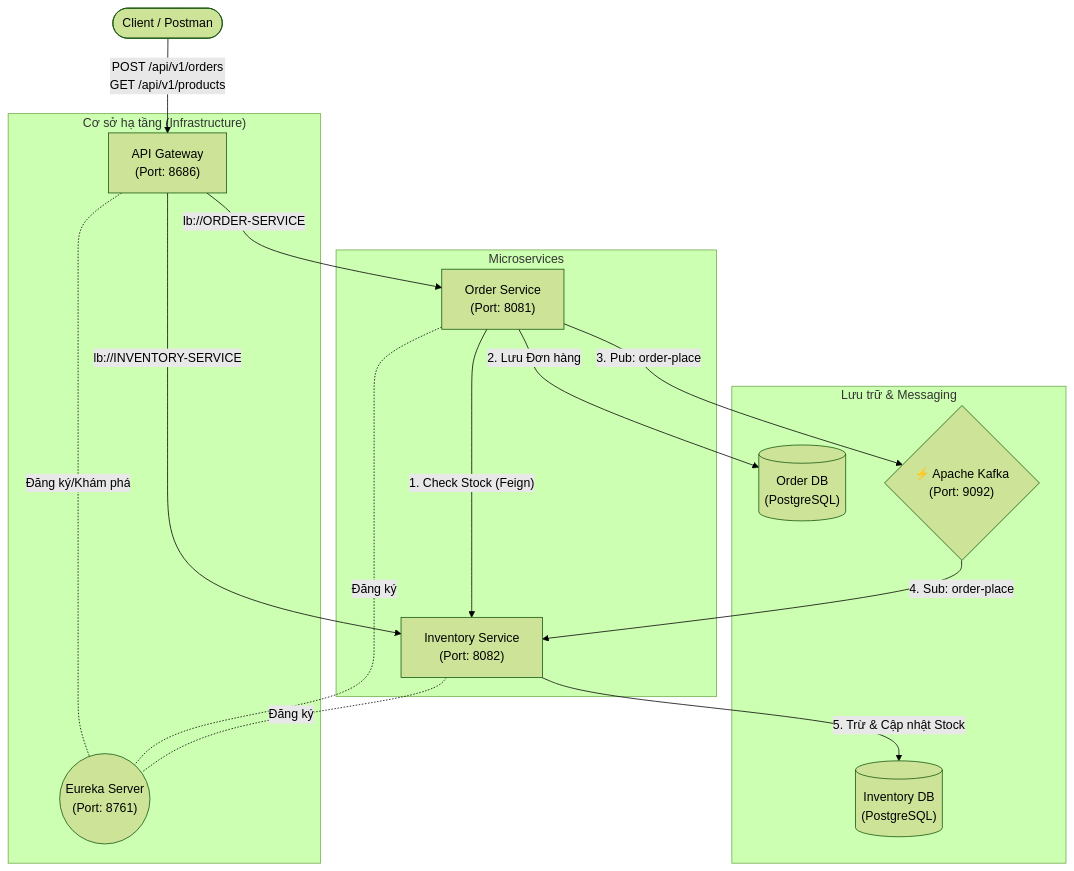
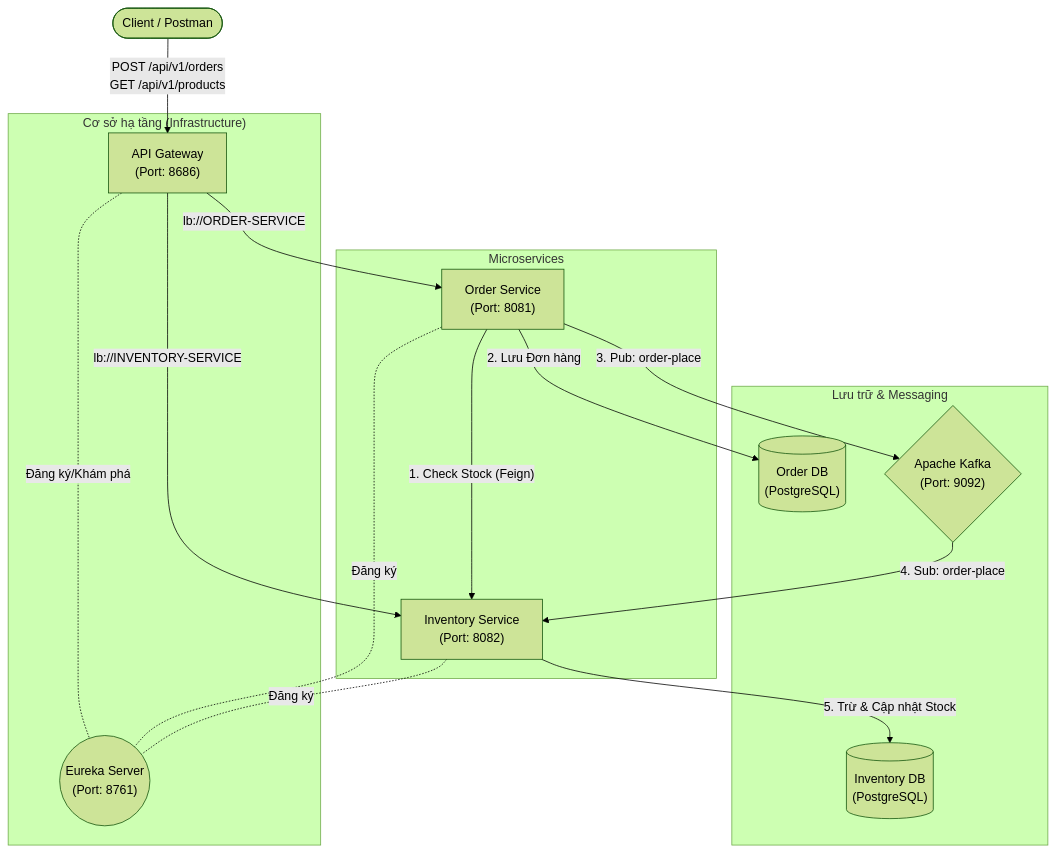
The diagram in README.md (trung1609/TestMicroservice), drawn with Mermaid (forest theme) before and after one commit.

````diff
--- a/README.md
+++ b/README.md
@@ -5,37 +5,37 @@
 ```mermaid
 flowchart TB
     Client(["Client / Postman"]):::client
 
     subgraph Infra ["Cơ sở hạ tầng (Infrastructure)"]
         Gateway["API Gateway<br>(Port: 8686)"]:::infra
         Eureka(("Eureka Server<br>(Port: 8761)")):::infra
     end
 
     subgraph Services ["Microservices"]
         Order["Order Service<br>(Port: 8081)"]:::service
         Inventory["Inventory Service<br>(Port: 8082)"]:::service
     end
 
     subgraph DataLayer ["Lưu trữ & Messaging"]
         OrderDB[("Order DB<br>(PostgreSQL)")]:::db
-        Kafka{"⚡ Apache Kafka<br>(Port: 9092)"}:::broker
+        Kafka{"Apache Kafka<br>(Port: 9092)"}:::broker
         InvDB[("Inventory DB<br>(PostgreSQL)")]:::db
     end
 
     %% Luồng API từ ngoài vào
     Client -- "POST /api/v1/orders<br>GET /api/v1/products" --> Gateway
     Gateway -- "lb://ORDER-SERVICE" --> Order
     Gateway -- "lb://INVENTORY-SERVICE" --> Inventory
 
     %% Luồng Eureka (Nét đứt để giảm nhiễu)
     Gateway -. "Đăng ký/Khám phá" .- Eureka
     Order -. "Đăng ký" .- Eureka
     Inventory -. "Đăng ký" .- Eureka
 
     %% Luồng Nghiệp vụ (Business Logic)
     Order -- "1. Check Stock (Feign)" --> Inventory
     Order -- "2. Lưu Đơn hàng" --> OrderDB
     Order -- "3. Pub: order-place" --> Kafka
     Kafka -- "4. Sub: order-place" --> Inventory
     Inventory -- "5. Trừ & Cập nhật Stock" --> InvDB
 ```
````
